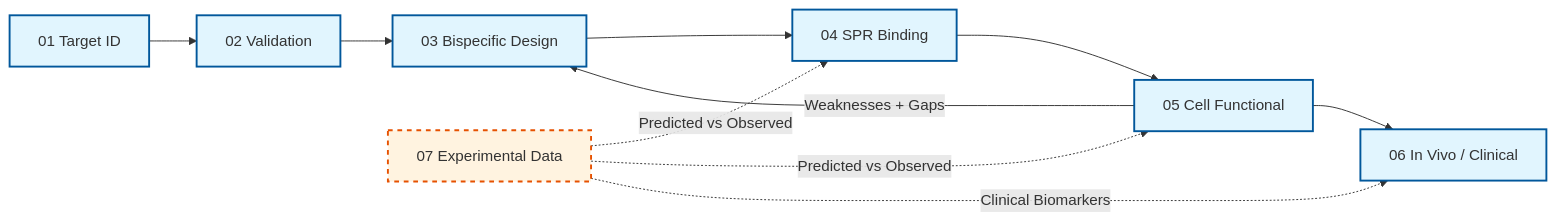
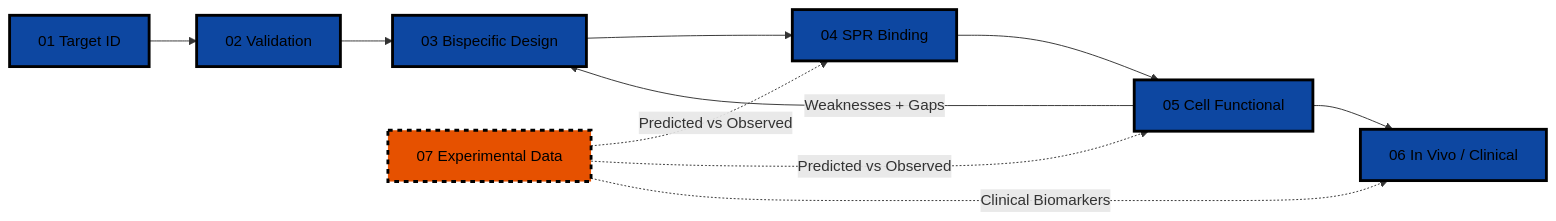
The first of 3 diagrams in README.md (peterydkim/drug-discovery-bispecific-agents), drawn with Mermaid before and after one commit. The commit also changed other lines of this file, not shown here.

Commit message:
Update Mermaid colors: darker fills, black text throughout

````diff
--- a/README.md
+++ b/README.md
@@ -28,17 +28,17 @@
 ```mermaid
 flowchart LR
     A["01 Target ID"] --> B["02 Validation"]
     B --> C["03 Bispecific Design"]
     C --> D["04 SPR Binding"]
     D --> E["05 Cell Functional"]
     E -->|"Weaknesses + Gaps"| C
     E --> F["06 In Vivo / Clinical"]
     G["07 Experimental Data"] -.->|"Predicted vs Observed"| D
     G -.->|"Predicted vs Observed"| E
     G -.->|"Clinical Biomarkers"| F
 
-    classDef main fill:#e1f5fe,stroke:#01579b,stroke-width:2px
-    classDef optional fill:#fff3e0,stroke:#e65100,stroke-width:2px,stroke-dasharray: 5 5
+    classDef main fill:#0D47A1,stroke:#000000,stroke-width:3px,color:#000000
+    classDef optional fill:#E65100,stroke:#000000,stroke-width:3px,color:#000000,stroke-dasharray: 5 5
     class A,B,C,D,E,F main
     class G optional
 ```
````
